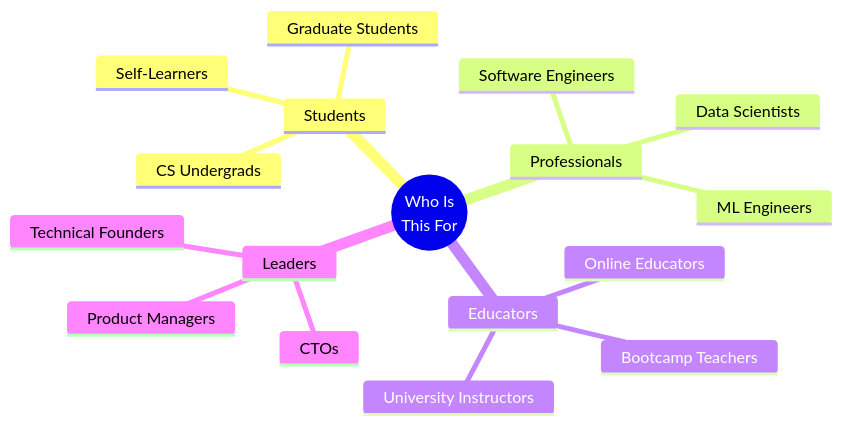
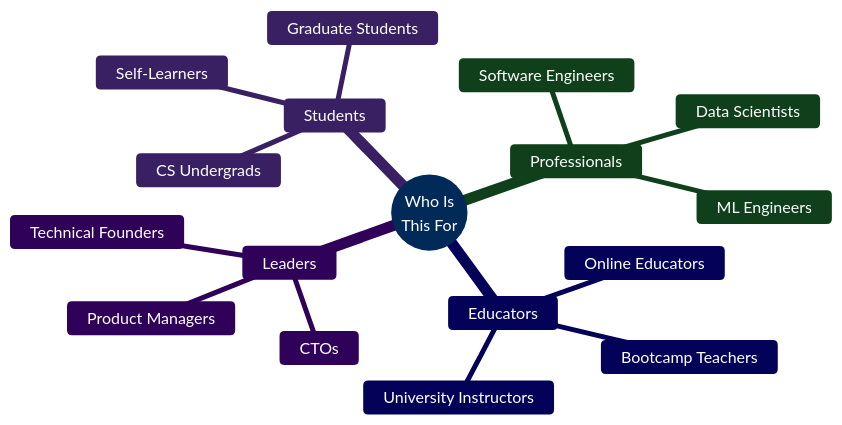
Diagram 20 of 21 in README.md (nexageapps/AI), drawn with Mermaid before and after one commit. The commit also changed other lines of this file and 1 other file, not shown here.

````diff
--- a/README.md
+++ b/README.md
@@ -752,20 +759,21 @@
 ```mermaid
+%%{init: {'theme':'base', 'themeVariables': {'primaryColor':'#0366d6','primaryTextColor':'#fff','primaryBorderColor':'#0366d6','secondaryColor':'#6f42c1','tertiaryColor':'#28a745'}}}%%
 mindmap
   root((Who Is<br/>This For))
     Students
       CS Undergrads
       Graduate Students
       Self-Learners
     Professionals
       Software Engineers
       Data Scientists
       ML Engineers
     Educators
       University Instructors
       Bootcamp Teachers
       Online Educators
     Leaders
       CTOs
       Product Managers
       Technical Founders
 ```
````
